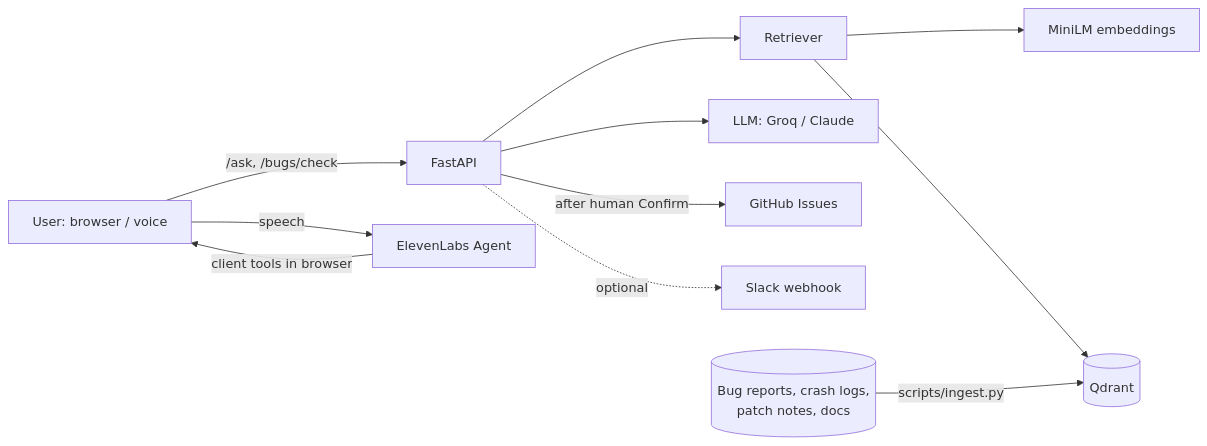
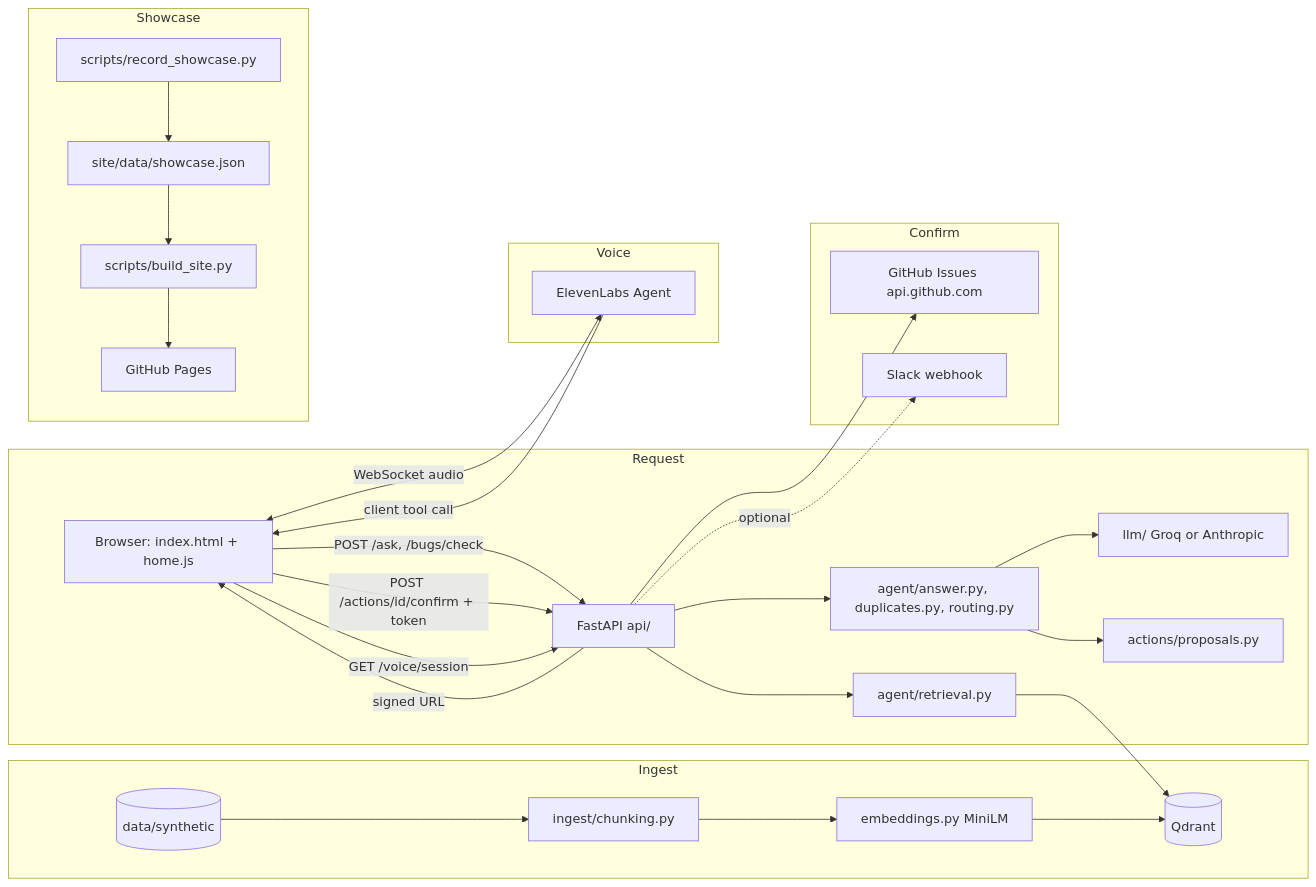
The diagram in README.md (raksharakyan/studiodesk), drawn with Mermaid before and after one commit. The commit also changed other lines of this file, not shown here.

````diff
--- a/README.md
+++ b/README.md
@@ -24,13 +25,36 @@
 ```mermaid
 flowchart LR
-    U[User: browser / voice] -->|/ask, /bugs/check| API[FastAPI]
-    U -->|speech| EL[ElevenLabs Agent]
-    EL -->|client tools in browser| U
-    API --> R[Retriever]
-    R --> E[MiniLM embeddings]
-    R --> Q[(Qdrant)]
-    API --> L[LLM: Groq / Claude]
-    API -->|after human Confirm| GH[GitHub Issues]
-    API -.optional.-> S[Slack webhook]
-    D[(Bug reports, crash logs,\npatch notes, docs)] -->|scripts/ingest.py| Q
+    subgraph Ingest
+        DS[(data/synthetic)] --> CH[ingest/chunking.py]
+        CH --> EM1[embeddings.py MiniLM]
+        EM1 --> QD[(Qdrant)]
+    end
+
+    subgraph Request
+        BR[Browser: index.html + home.js] -->|POST /ask, /bugs/check| API[FastAPI api/]
+        API --> RET[agent/retrieval.py]
+        RET --> QD
+        API --> AG[agent/answer.py, duplicates.py, routing.py]
+        AG --> LLM[llm/ Groq or Anthropic]
+        AG --> PS[actions/proposals.py]
+    end
+
+    subgraph Confirm
+        BR -->|POST /actions/id/confirm + token| API
+        API --> GH[GitHub Issues api.github.com]
+        API -.optional.-> SL[Slack webhook]
+    end
+
+    subgraph Voice
+        BR -->|GET /voice/session| API
+        API -->|signed URL| BR
+        BR <-->|WebSocket audio| EL[ElevenLabs Agent]
+        EL -->|client tool call| BR
+    end
+
+    subgraph Showcase
+        REC[scripts/record_showcase.py] --> SJ[site/data/showcase.json]
+        SJ --> BS[scripts/build_site.py]
+        BS --> GP[GitHub Pages]
+    end
 ```
````
